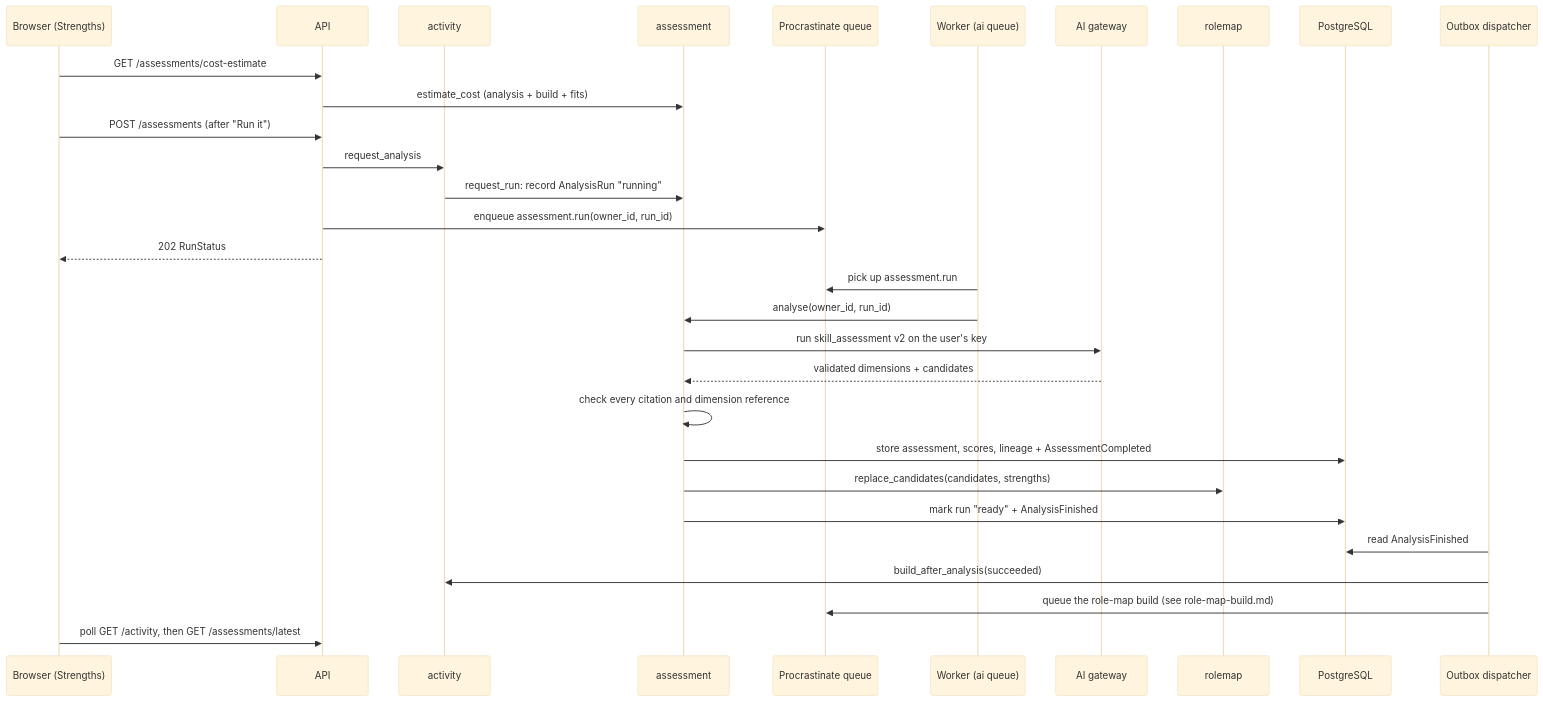
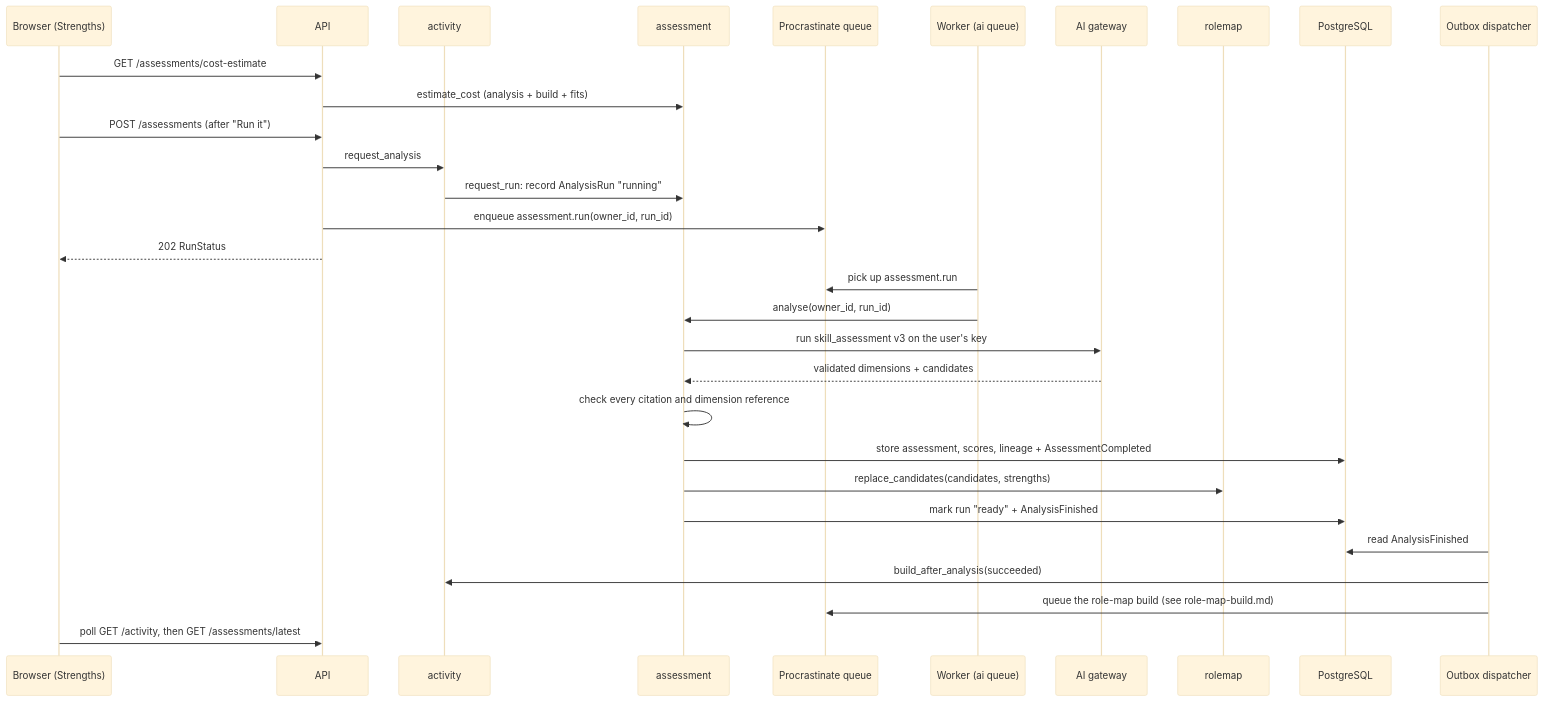
The diagram in docs/technical/strength-analysis.md (ycc789741ycc/career-polaris), drawn with Mermaid (base theme) before and after one commit. The commit also changed other lines of this file and 40 other files, not shown here.

````diff
--- a/docs/technical/strength-analysis.md
+++ b/docs/technical/strength-analysis.md
@@ -13,33 +13,33 @@
 ```mermaid
 sequenceDiagram
     participant UI as Browser (Strengths)
     participant API as API
     participant Act as activity
     participant A as assessment
     participant Q as Procrastinate queue
     participant W as Worker (ai queue)
     participant GW as AI gateway
     participant RM as rolemap
     participant DB as PostgreSQL
     participant D as Outbox dispatcher
 
     UI->>API: GET /assessments/cost-estimate
     API->>A: estimate_cost (analysis + build + fits)
     UI->>API: POST /assessments (after "Run it")
     API->>Act: request_analysis
     Act->>A: request_run: record AnalysisRun "running"
     API->>Q: enqueue assessment.run(owner_id, run_id)
     API-->>UI: 202 RunStatus
     W->>Q: pick up assessment.run
     W->>A: analyse(owner_id, run_id)
-    A->>GW: run skill_assessment v2 on the user's key
+    A->>GW: run skill_assessment v3 on the user's key
     GW-->>A: validated dimensions + candidates
     A->>A: check every citation and dimension reference
     A->>DB: store assessment, scores, lineage + AssessmentCompleted
     A->>RM: replace_candidates(candidates, strengths)
     A->>DB: mark run "ready" + AnalysisFinished
     D->>DB: read AnalysisFinished
     D->>Act: build_after_analysis(succeeded)
     D->>Q: queue the role-map build (see role-map-build.md)
     UI->>API: poll GET /activity, then GET /assessments/latest
 ```
````
